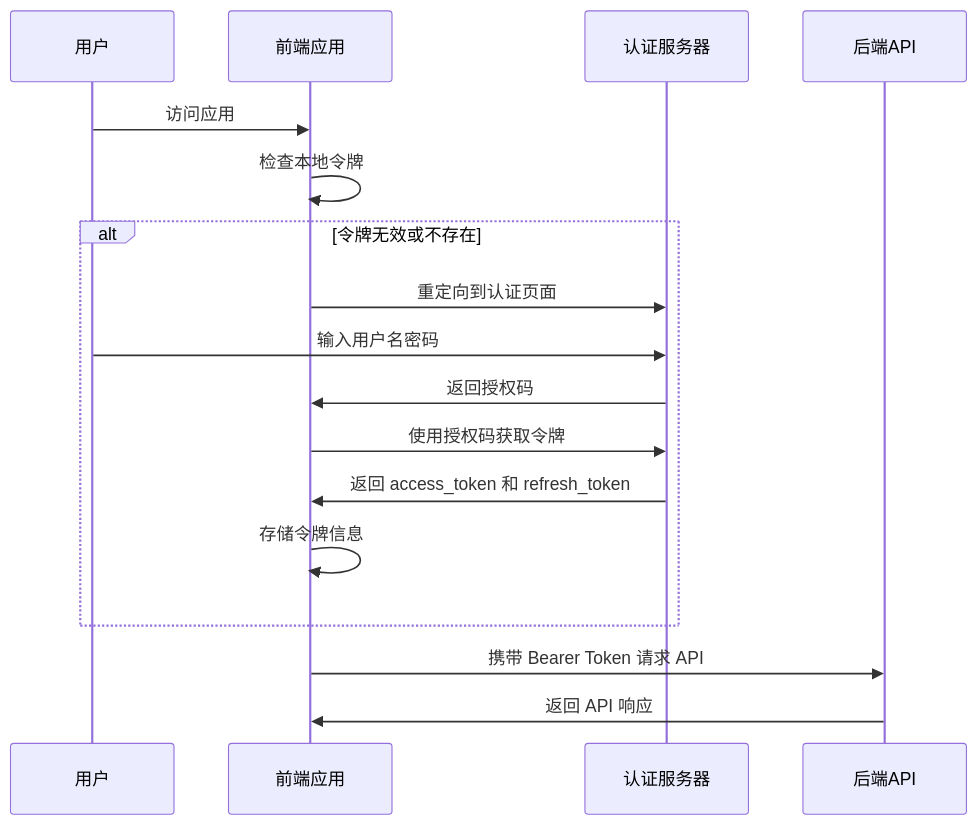
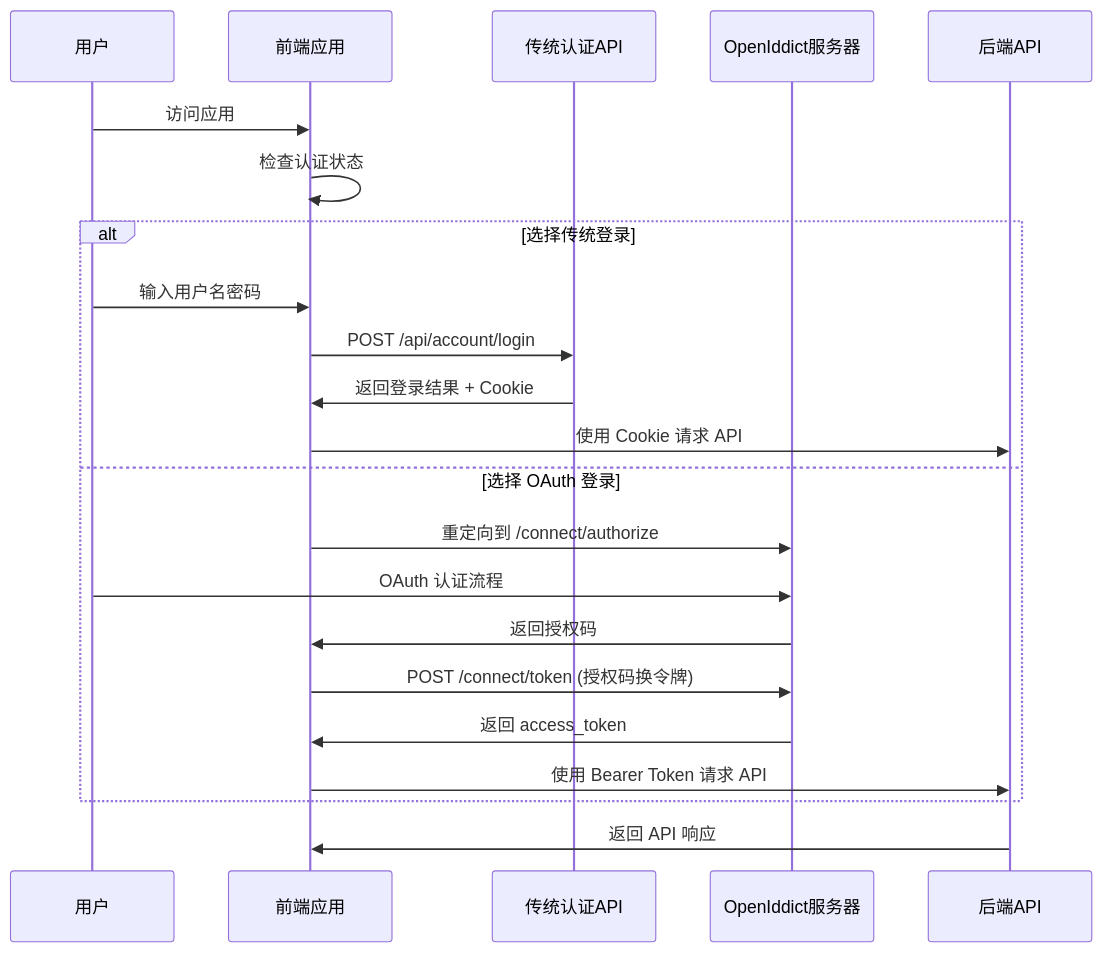
One commit to df123/DFApp changed the diagram in implementation_plan.md. Above: the diagram before and after it, drawn with Mermaid. The commit also changed other lines of this file and 2 other files, not shown here.

````diff
--- a/implementation_plan.md
+++ b/implementation_plan.md
@@ -479,20 +1021,27 @@
 ```mermaid
 sequenceDiagram
     participant U as 用户
     participant F as 前端应用
-    participant A as 认证服务器
+    participant T as 传统认证API
+    participant O as OpenIddict服务器
     participant B as 后端API
     
     U->>F: 访问应用
-    F->>F: 检查本地令牌
-    alt 令牌无效或不存在
-        F->>A: 重定向到认证页面
-        U->>A: 输入用户名密码
-        A->>F: 返回授权码
-        F->>A: 使用授权码获取令牌
-        A->>F: 返回 access_token 和 refresh_token
-        F->>F: 存储令牌信息
+    F->>F: 检查认证状态
+    
+    alt 选择传统登录
+        U->>F: 输入用户名密码
+        F->>T: POST /api/account/login
+        T->>F: 返回登录结果 + Cookie
+        F->>B: 使用 Cookie 请求 API
+    else 选择 OAuth 登录
+        F->>O: 重定向到 /connect/authorize
+        U->>O: OAuth 认证流程
+        O->>F: 返回授权码
+        F->>O: POST /connect/token (授权码换令牌)
+        O->>F: 返回 access_token
+        F->>B: 使用 Bearer Token 请求 API
     end
-    F->>B: 携带 Bearer Token 请求 API
+    
     B->>F: 返回 API 响应
 ```
````
